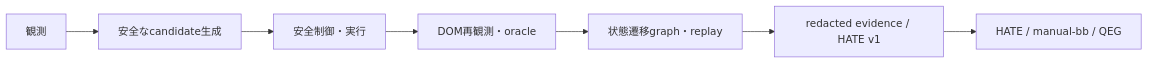
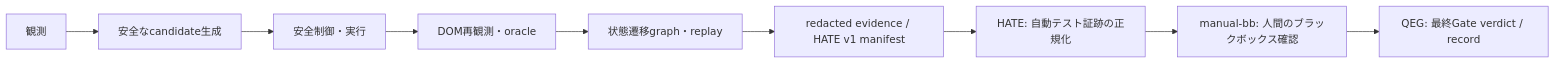
The diagram in README.md (RNA4219/domain-lakda-runner), drawn with Mermaid before and after one commit. The commit also changed other lines of this file, not shown here.

````diff
--- a/README.md
+++ b/README.md
@@ -16,9 +23,11 @@
 ```mermaid
 flowchart LR
   O[観測] --> C[安全なcandidate生成]
   C --> X[安全制御・実行]
   X --> R[DOM再観測・oracle]
   R --> G[状態遷移graph・replay]
-  G --> E[redacted evidence / HATE v1]
-  E --> Q[HATE / manual-bb / QEG]
+  G --> E[redacted evidence / HATE v1 manifest]
+  E --> H[HATE: 自動テスト証跡の正規化]
+  H --> M[manual-bb: 人間のブラックボックス確認]
+  M --> Q[QEG: 最終Gate verdict / record]
 ```
````
